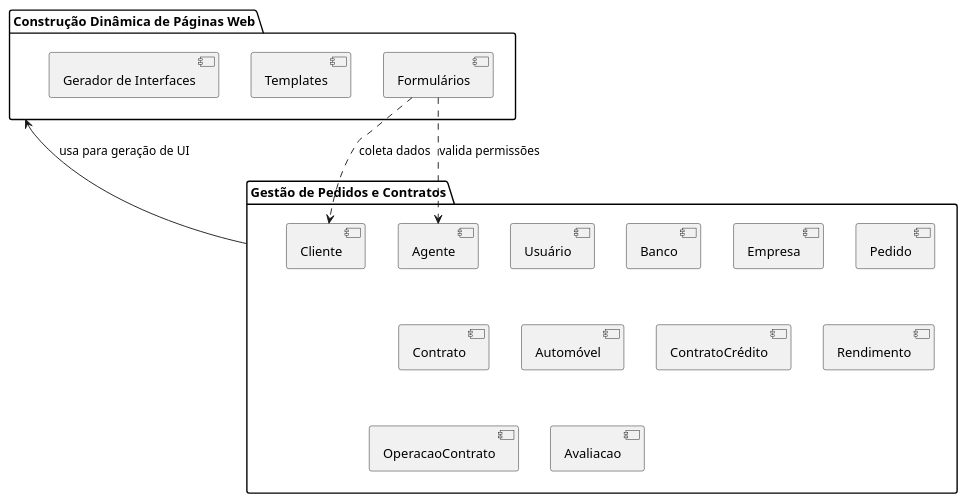
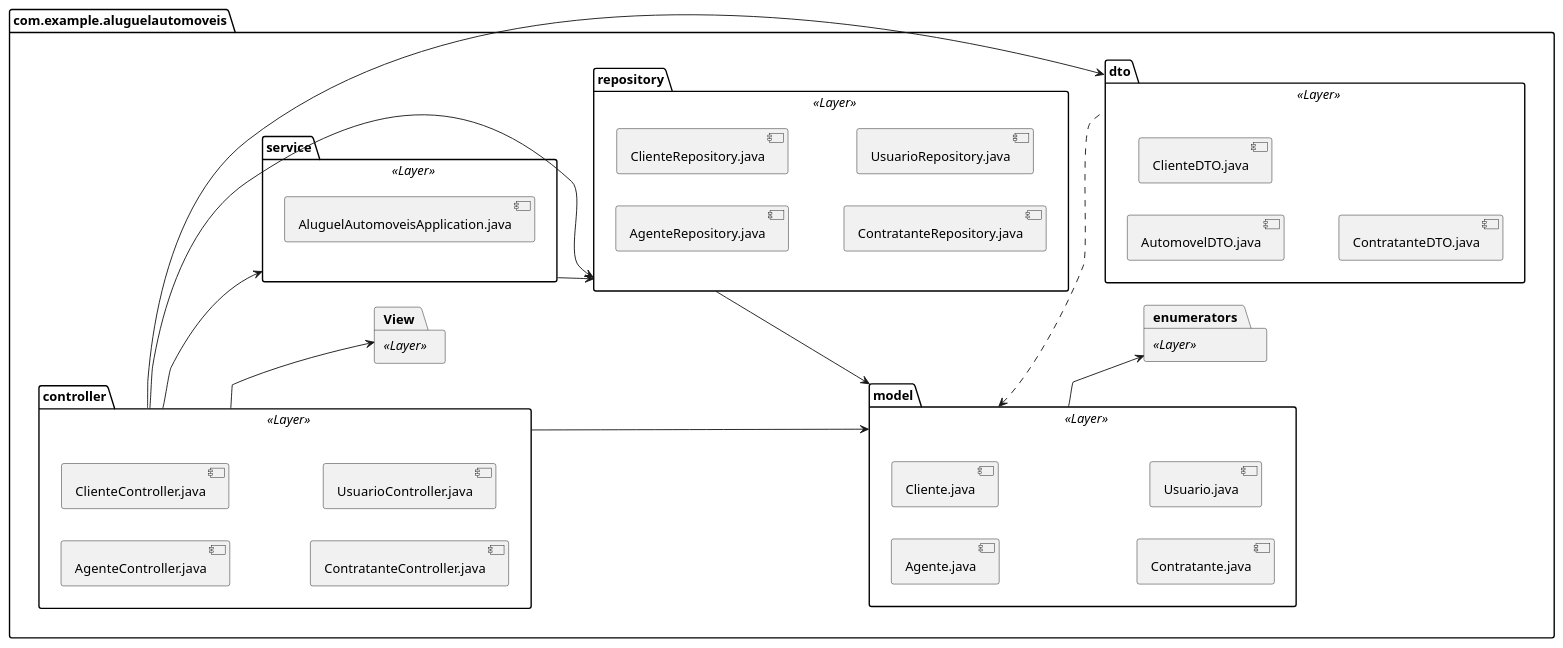
Before and after one commit to barbaragncarvalho/Aluguel-de-Automoveis: the diagram in docs/diagramas/pacotes/README.md, drawn with PlantUML. The commit also changed 2 other files, not shown here.

Commit message:
Correção do Diagrama de Pacotes

```diff
--- a/docs/diagramas/pacotes/README.md
+++ b/docs/diagramas/pacotes/README.md
@@ -1,27 +1,55 @@
 @startuml
+left to right direction
 
-package "Gestão de Pedidos e Contratos" {
-  [Usuário]
-  [Cliente] 
-  [Agente] 
-  [Banco]
-  [Empresa]
-  [Pedido]
-  [Contrato]
-  [Automóvel]
-  [ContratoCrédito]
-  [Rendimento]
-  [OperacaoContrato]
-  [Avaliacao]
+package "com.example.aluguelautomoveis" {
+    package controller <<Layer>> {
+        [AgenteController.java]
+        [ClienteController.java]
+        [ContratanteController.java]
+        [UsuarioController.java]
+    }
+    
+   package enumerators <<Layer>> {
+
+    }
+
+    package service <<Layer>> {
+        [AluguelAutomoveisApplication.java]
+    }
+    
+    package repository <<Layer>> {
+        [AgenteRepository.java]
+        [ClienteRepository.java]
+        [ContratanteRepository.java]
+        [UsuarioRepository.java]
+    }
+    
+    package model <<Layer>> {
+        [Agente.java]
+        [Cliente.java]
+        [Contratante.java]
+        [Usuario.java]
+    }
+    
+    package dto <<Layer>> {
+        [AutomovelDTO.java]
+        [ClienteDTO.java]
+        [ContratanteDTO.java]
+    }
+package "View" <<Layer>> {
+
+    }
 }
 
-package "Construção Dinâmica de Páginas Web" {
-  [Formulários]
-  [Templates]
-  [Gerador de Interfaces]
-}
 
-[Gestão de Pedidos e Contratos] --> [Construção Dinâmica de Páginas Web] : usa para geração de UI
-[Formulários] ..> [Cliente] : coleta dados
-[Formulários] ..> [Agente] : valida permissões
+controller --> repository
+controller --> service
+service --> repository
+repository --> model
+controller --> dto
+dto .up.> model 
+controller --> "View"
+controller --> "model"
+model --> enumerators
+
 @enduml
```
